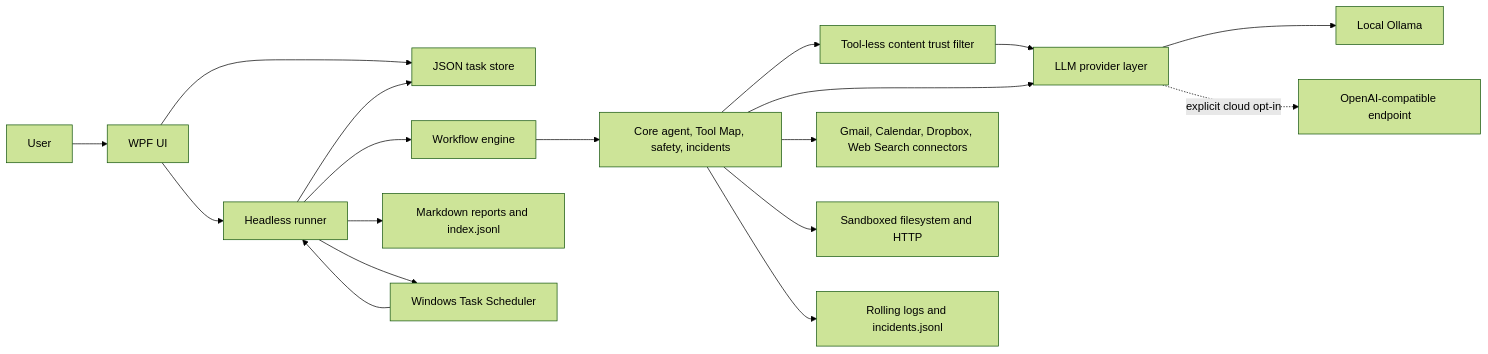
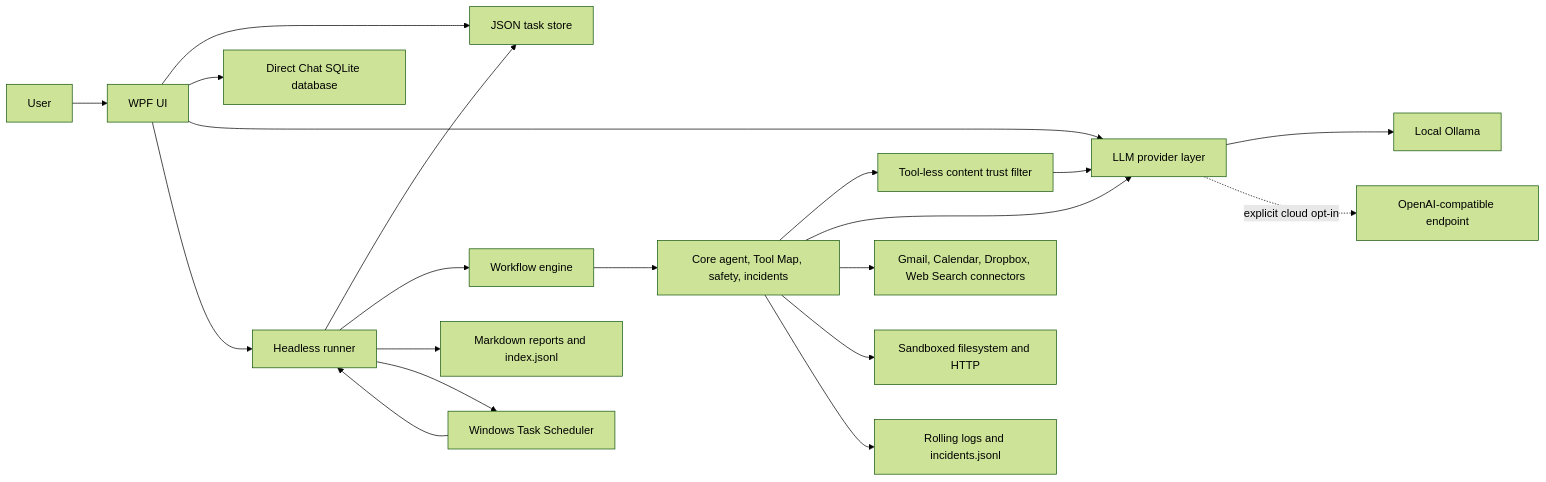
The diagram in README.md (odahan/MyLocalAgent), drawn with Mermaid (forest theme) before and after one commit. The commit also changed other lines of this file and 29 other files, not shown here.

Commit message:
Add persistent Direct Chat with history compression

````diff
--- a/README.md
+++ b/README.md
@@ -1285,20 +1285,22 @@
 ```mermaid
 flowchart LR
     User["User"] --> UI["WPF UI"]
     Scheduler["Windows Task Scheduler"] --> Runner["Headless runner"]
     UI --> Store["JSON task store"]
+    UI --> ChatDb["Direct Chat SQLite database"]
+    UI --> Llm
     UI --> Runner
     Runner --> Store
     Runner --> Workflows["Workflow engine"]
     Workflows --> Core["Core agent, Tool Map, safety, incidents"]
     Core --> Guardrails["Tool-less content trust filter"]
     Guardrails --> Llm
     Core --> Llm["LLM provider layer"]
     Llm --> Ollama["Local Ollama"]
     Llm -. explicit cloud opt-in .-> OpenAI["OpenAI-compatible endpoint"]
     Core --> Connectors["Gmail, Calendar, Dropbox, Web Search connectors"]
     Core --> Files["Sandboxed filesystem and HTTP"]
     Runner --> Reports["Markdown reports and index.jsonl"]
     Core --> Logs["Rolling logs and incidents.jsonl"]
     Runner --> Scheduler
 ```
````
